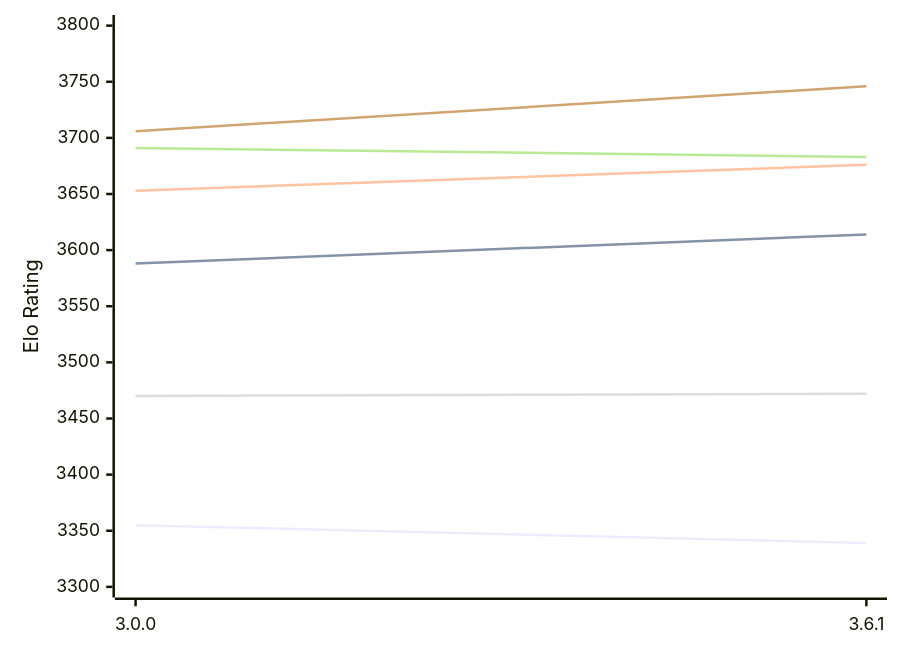
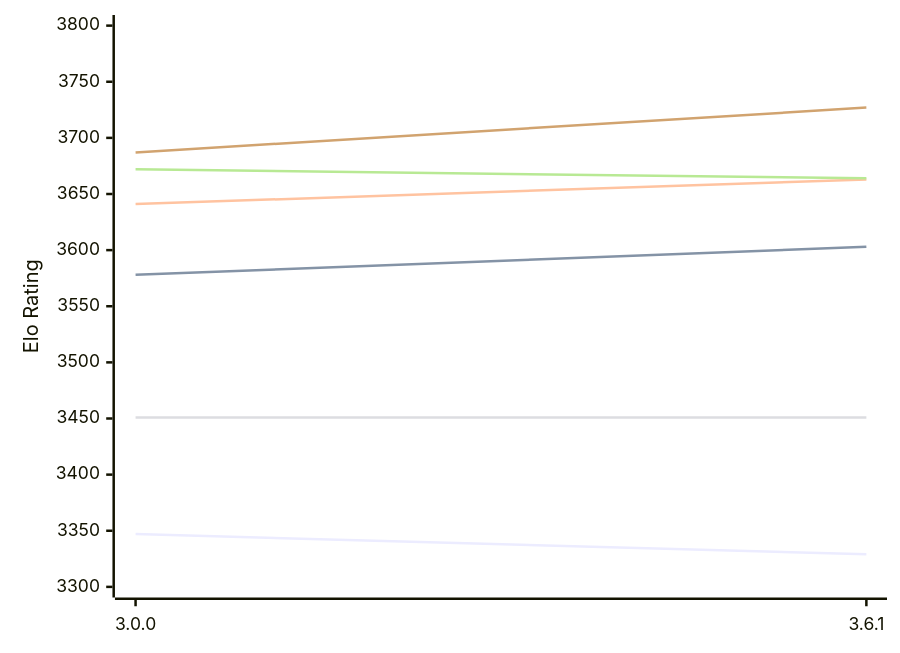
The diagram in engines/Peras.md (computer-chess-index/cci), drawn with Mermaid before and after one commit. The commit also changed other lines of this file, not shown here.

Commit message:
Update CCI Ratings (ELO VLTC) - 2026-11-02

````diff
--- a/engines/Peras.md
+++ b/engines/Peras.md
@@ -49,12 +49,12 @@
 ```mermaid
 %%{init: {"theme":"base","themeVariables":{"seriesColors:['#a3a3a3','#222221','#faa371']}}}%%
 xychart-beta
   x-axis ["3.0.0", "3.6.1"]
   y-axis "Elo Rating" 3300 --> 3800
-  line "E1: STC (8.0+0.08s)" [3355, 3339]
-  line "E1: LTC (60.0+0.60s)" [3588, 3614]
-  line "E1: VLTC (2m24s+1.12s)" [3653, 3676]
-  line "P1: STC (8.0+0.08s)" [3470, 3472]
-  line "P1: LTC (60.0+0.60s)" [3691, 3683]
-  line "P1: VLTC (2m24s+1.12s)" [3706, 3746]
+  line "E1: STC (8.0+0.08s)" [3347, 3329]
+  line "E1: LTC (60.0+0.60s)" [3578, 3603]
+  line "E1: VLTC (2m24s+1.12s)" [3641, 3663]
+  line "P1: STC (8.0+0.08s)" [3451, 3451]
+  line "P1: LTC (60.0+0.60s)" [3672, 3664]
+  line "P1: VLTC (2m24s+1.12s)" [3687, 3727]
 ```
````
